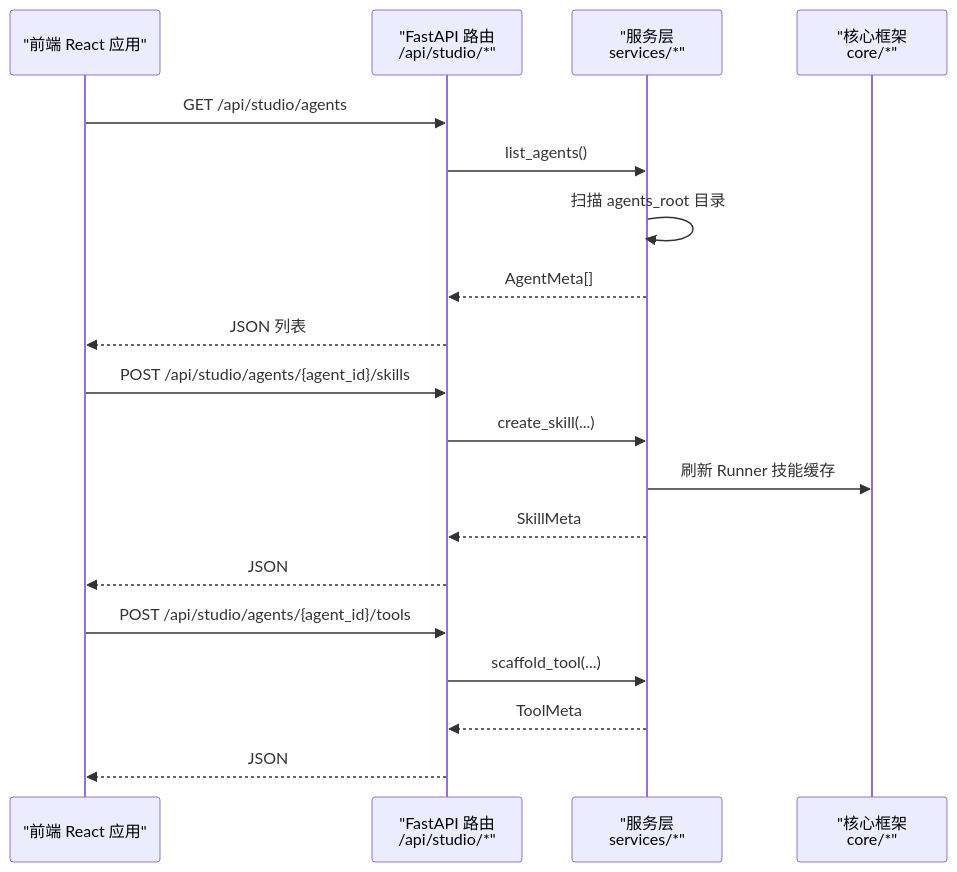
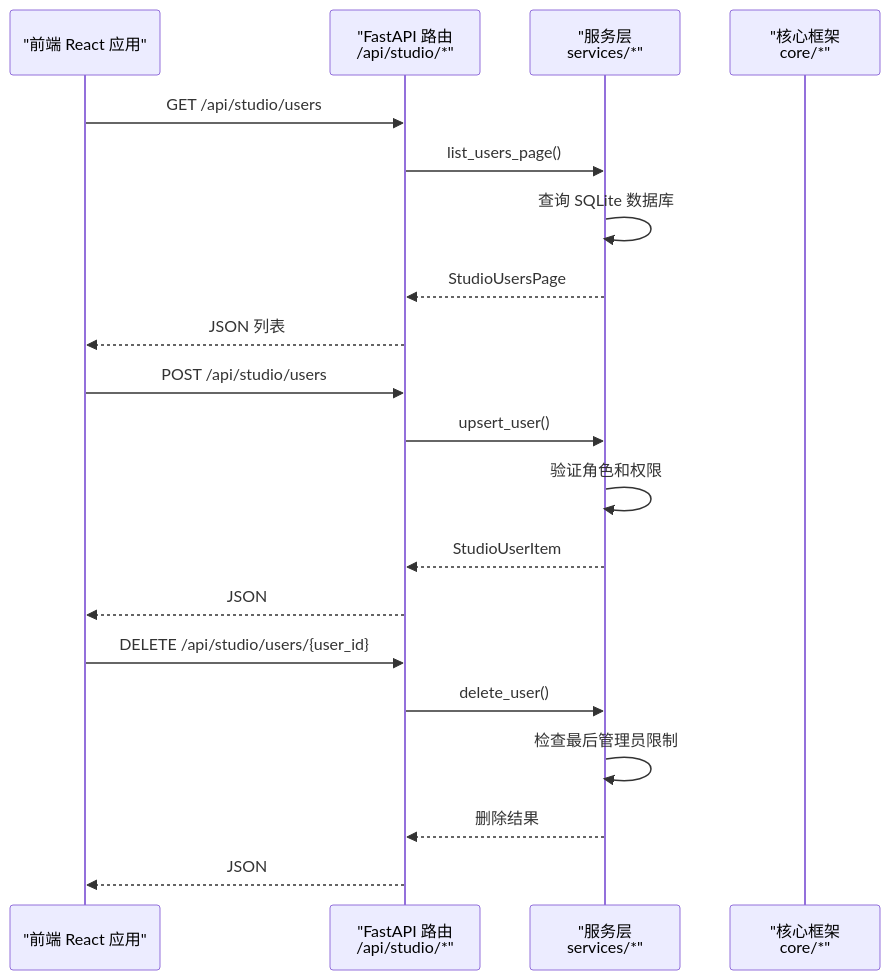
The second of 9 diagrams in repowiki/zh/content/Studio 开发工具/Studio 开发工具.md (YU-JI-KUI/ark-agentic), drawn with Mermaid before and after one commit. The commit also changed other lines of this file and 9 other files, not shown here.

````diff
--- a/repowiki/zh/content/Studio 开发工具/Studio 开发工具.md
+++ b/repowiki/zh/content/Studio 开发工具/Studio 开发工具.md
@@ -115,21 +129,22 @@
 ```mermaid
 sequenceDiagram
 participant FE as "前端 React 应用"
 participant API as "FastAPI 路由<br/>/api/studio/*"
 participant SVC as "服务层<br/>services/*"
 participant CORE as "核心框架<br/>core/*"
-FE->>API : GET /api/studio/agents
-API->>SVC : list_agents()
-SVC->>SVC : 扫描 agents_root 目录
-SVC-->>API : AgentMeta[]
+FE->>API : GET /api/studio/users
+API->>SVC : list_users_page()
+SVC->>SVC : 查询 SQLite 数据库
+SVC-->>API : StudioUsersPage
 API-->>FE : JSON 列表
-FE->>API : POST /api/studio/agents/{agent_id}/skills
-API->>SVC : create_skill(...)
-SVC->>CORE : 刷新 Runner 技能缓存
-SVC-->>API : SkillMeta
+FE->>API : POST /api/studio/users
+API->>SVC : upsert_user()
+SVC->>SVC : 验证角色和权限
+SVC-->>API : StudioUserItem
 API-->>FE : JSON
-FE->>API : POST /api/studio/agents/{agent_id}/tools
-API->>SVC : scaffold_tool(...)
-SVC-->>API : ToolMeta
+FE->>API : DELETE /api/studio/users/{user_id}
+API->>SVC : delete_user()
+SVC->>SVC : 检查最后管理员限制
+SVC-->>API : 删除结果
 API-->>FE : JSON
 ```
````
